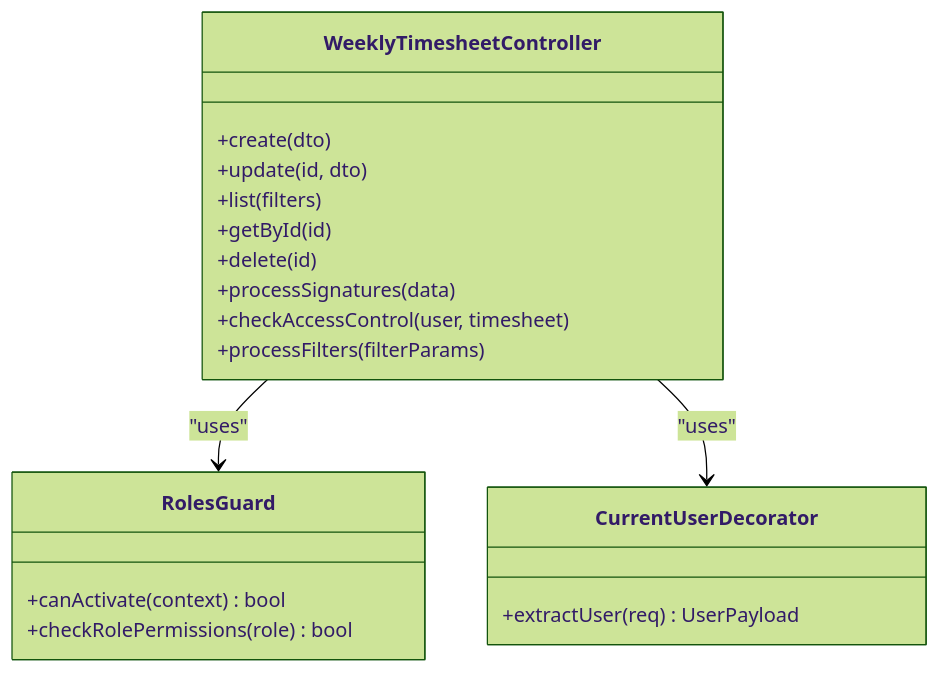
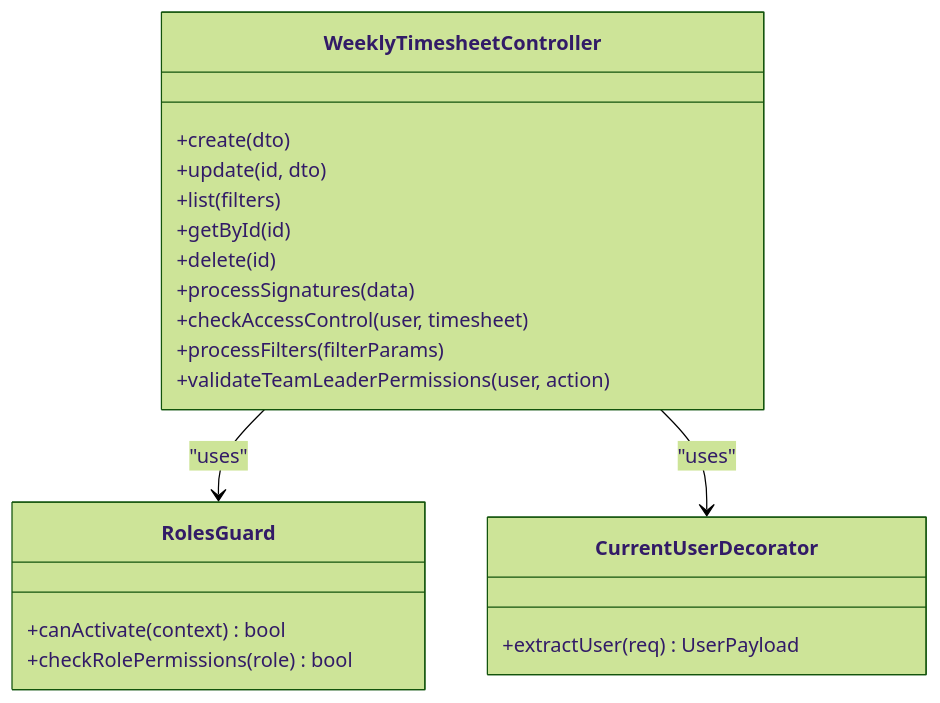
One commit to RobertRuas/windlog changed the third of 13 diagrams in .qoder/repowiki/en/content/Arquitetura Backend/Módulos do Sistema/Timesheet Semanal - Módulo Backend.md. Above: the diagram before and after it, drawn with Mermaid (forest theme). The commit also changed other lines of this file and 46 other files, not shown here.

First line of the commit message:
fix: persist isTeamLeader on user update and return in user list

````diff
--- a/.qoder/repowiki/en/content/Arquitetura Backend/Módulos do Sistema/Timesheet Semanal - Módulo Backend.md
+++ b/.qoder/repowiki/en/content/Arquitetura Backend/Módulos do Sistema/Timesheet Semanal - Módulo Backend.md
@@ -267,22 +284,23 @@
 ```mermaid
 classDiagram
 class WeeklyTimesheetController {
 +create(dto)
 +update(id, dto)
 +list(filters)
 +getById(id)
 +delete(id)
 +processSignatures(data)
 +checkAccessControl(user, timesheet)
 +processFilters(filterParams)
++validateTeamLeaderPermissions(user, action)
 }
 class RolesGuard {
 +canActivate(context) bool
 +checkRolePermissions(role) bool
 }
 class CurrentUserDecorator {
 +extractUser(req) UserPayload
 }
 WeeklyTimesheetController --> RolesGuard : "uses"
 WeeklyTimesheetController --> CurrentUserDecorator : "uses"
 ```
````
